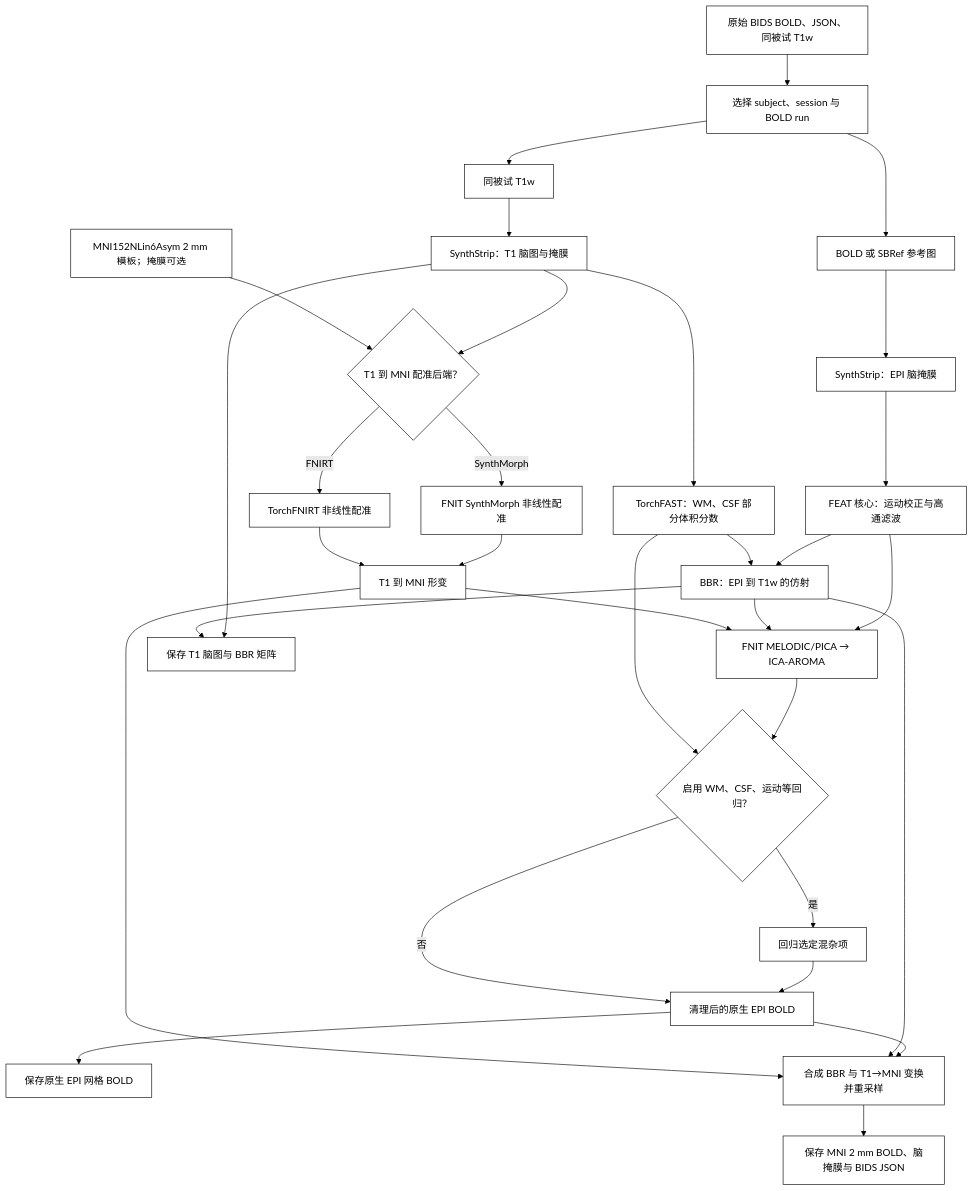
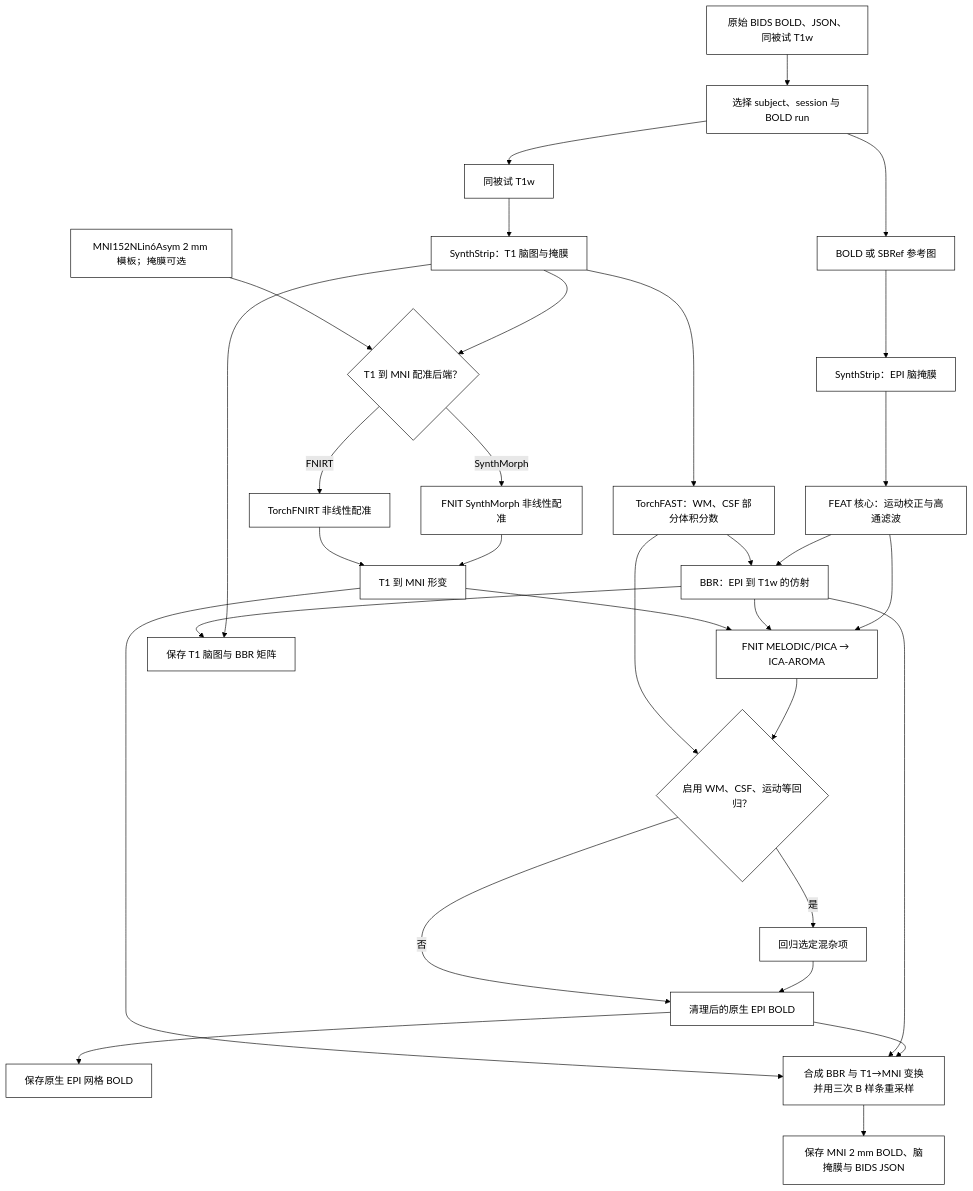
Before and after one commit to weikanggong1/Fudan-Neuroimaging-toolkit: the diagram in docs/fmri/README.md, drawn with Mermaid (forest theme). The commit also changed other lines of this file and 18 other files, not shown here.

````diff
--- a/docs/fmri/README.md
+++ b/docs/fmri/README.md
@@ -7,31 +7,31 @@
 ```mermaid
 flowchart TD
     BIDS["原始 BIDS BOLD、JSON、同被试 T1w"] --> SEL["选择 subject、session 与 BOLD run"]
     SEL --> EPI["BOLD 或 SBRef 参考图"]
     SEL --> T1["同被试 T1w"]
     EPI --> MASK["SynthStrip：EPI 脑掩膜"] --> FEAT["FEAT 核心：运动校正与高通滤波"]
     T1 --> BRAIN["SynthStrip：T1 脑图与掩膜"] --> FAST["TorchFAST：WM、CSF 部分体积分数"]
     FEAT --> BBR["BBR：EPI 到 T1w 的仿射"]
     FAST --> BBR
     BRAIN --> REG{"T1 到 MNI 配准后端？"}
     MNI["MNI152NLin6Asym 2 mm 模板；掩膜可选"] --> REG
     REG -- SynthMorph --> SM["FNIT SynthMorph 非线性配准"]
     REG -- FNIRT --> FN["TorchFNIRT 非线性配准"]
     SM --> XFM["T1 到 MNI 形变"]
     FN --> XFM
     FEAT --> ICA["FNIT MELODIC/PICA → ICA-AROMA"]
     BBR --> ICA
     XFM --> ICA
     ICA --> CONF{"启用 WM、CSF、运动等回归？"}
     FAST --> CONF
     CONF -- 是 --> REGRESS["回归选定混杂项"] --> CLEAN["清理后的原生 EPI BOLD"]
     CONF -- 否 --> CLEAN
     CLEAN --> NATIVE["保存原生 EPI 网格 BOLD"]
     BRAIN --> AUX["保存 T1 脑图与 BBR 矩阵"]
     BBR --> AUX
-    CLEAN --> RESAMPLE["合成 BBR 与 T1→MNI 变换并重采样"]
+    CLEAN --> RESAMPLE["合成 BBR 与 T1→MNI 变换并用三次 B 样条重采样"]
     BBR --> RESAMPLE
     XFM --> RESAMPLE
     RESAMPLE --> OUT["保存 MNI 2 mm BOLD、脑掩膜与 BIDS JSON"]
     classDef default fill:#ffffff,stroke:#000000,color:#000000;
 ```
````
